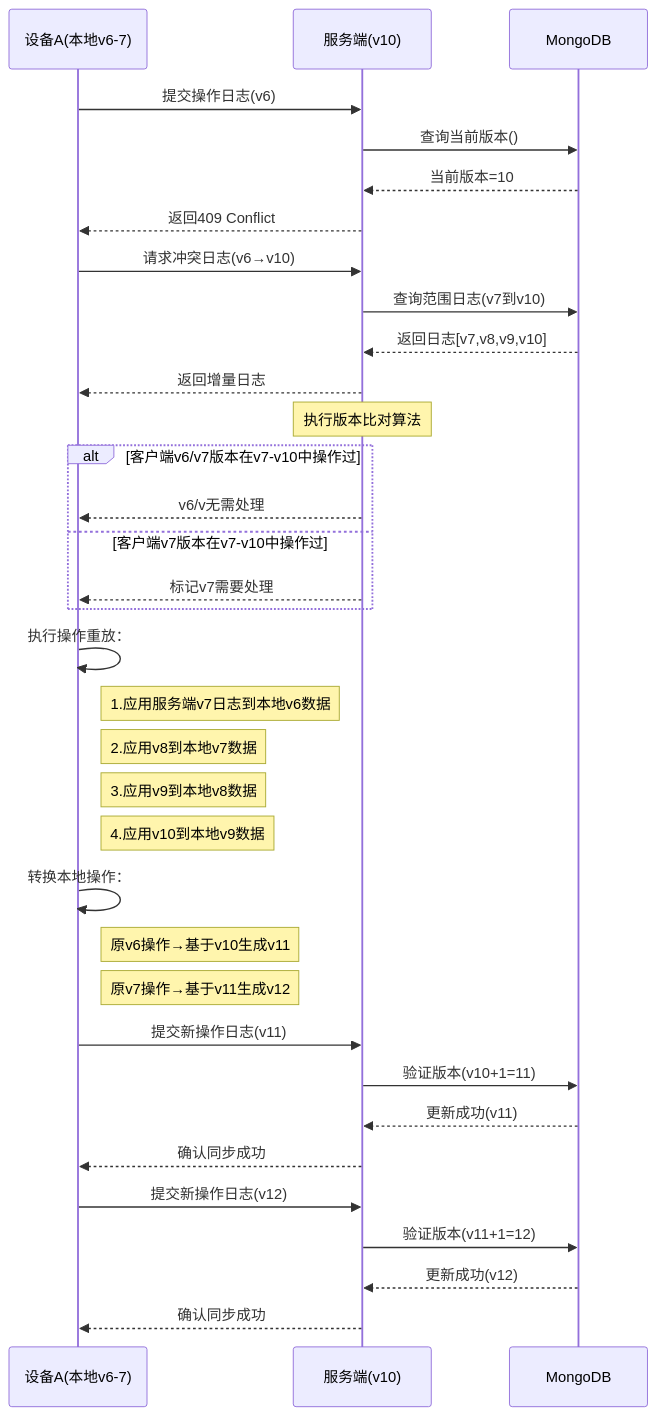
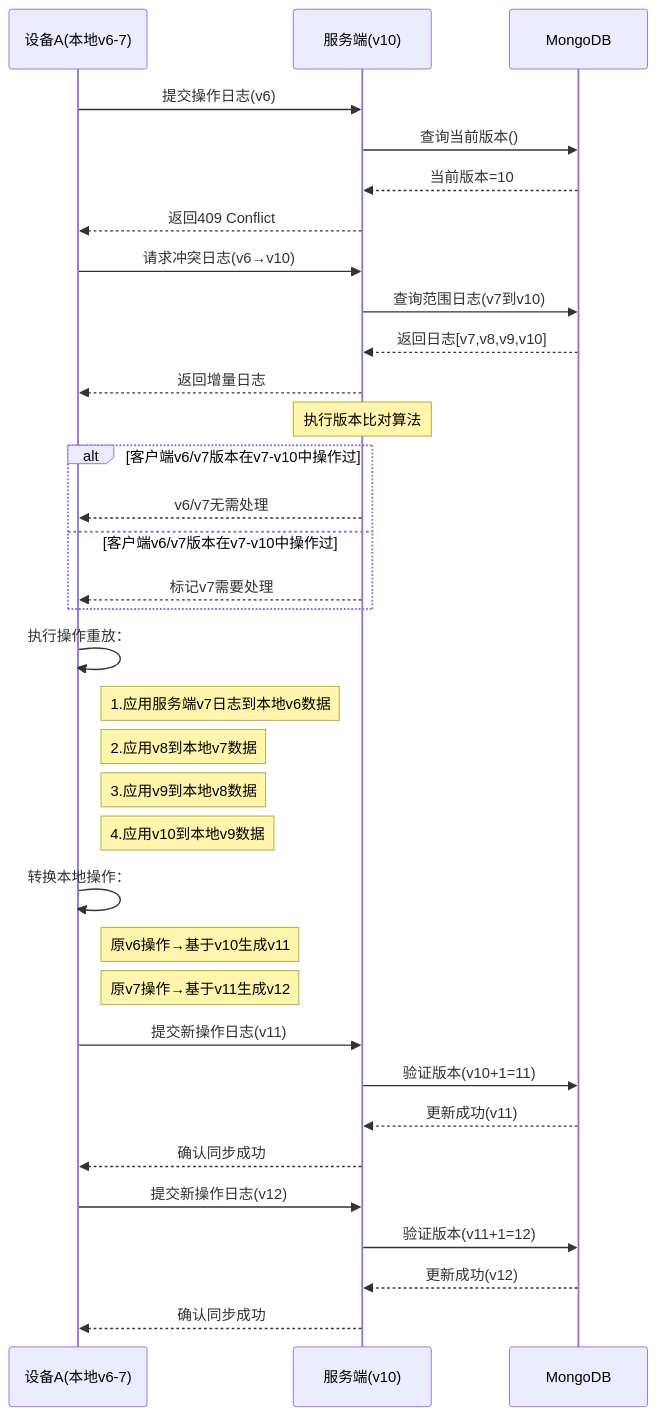
The diagram in all/未命名-26.md (yingjianzh/iodraw-files), drawn with Mermaid before and after one commit.

Commit message:
2025-02-26 16:49:58 update

````diff
--- a/all/未命名-26.md
+++ b/all/未命名-26.md
@@ -1,49 +1,49 @@
 ```mermaid
 sequenceDiagram
     participant A as 设备A(本地v6-7)
     participant S as 服务端(v10)
     participant DB as MongoDB
 
     %% 初始同步尝试
     A->>S: 提交操作日志(v6)
     S->>DB: 查询当前版本()
     DB-->>S: 当前版本=10
     S-->>A: 返回409 Conflict
 
     %% 冲突解决阶段
     A->>S: 请求冲突日志(v6→v10)
     S->>DB: 查询范围日志(v7到v10)
     DB-->>S: 返回日志[v7,v8,v9,v10]
     S-->>A: 返回增量日志
 
 
     Note over S: 执行版本比对算法
     alt 客户端v6/v7版本在v7-v10中操作过
-        S-->>A: v6/v无需处理
-    else 客户端v7版本在v7-v10中操作过
+        S-->>A: v6/v7无需处理
+    else 客户端v6/v7版本在v7-v10中操作过
         S-->>A: 标记v7需要处理
     end
 
     %% 本地数据重建
     A->>A: 执行操作重放：
     note right of A: 1.应用服务端v7日志到本地v6数据
     note right of A: 2.应用v8到本地v7数据
     note right of A: 3.应用v9到本地v8数据
     note right of A: 4.应用v10到本地v9数据
 
     %% 本地操作转换
     A->>A: 转换本地操作：
     note right of A: 原v6操作→基于v10生成v11
     note right of A: 原v7操作→基于v11生成v12
 
     %% 重新提交
     A->>S: 提交新操作日志(v11)
     S->>DB: 验证版本(v10+1=11)
     DB-->>S: 更新成功(v11)
     S-->>A: 确认同步成功
 
     A->>S: 提交新操作日志(v12)
     S->>DB: 验证版本(v11+1=12)
     DB-->>S: 更新成功(v12)
     S-->>A: 确认同步成功
 ```
````
